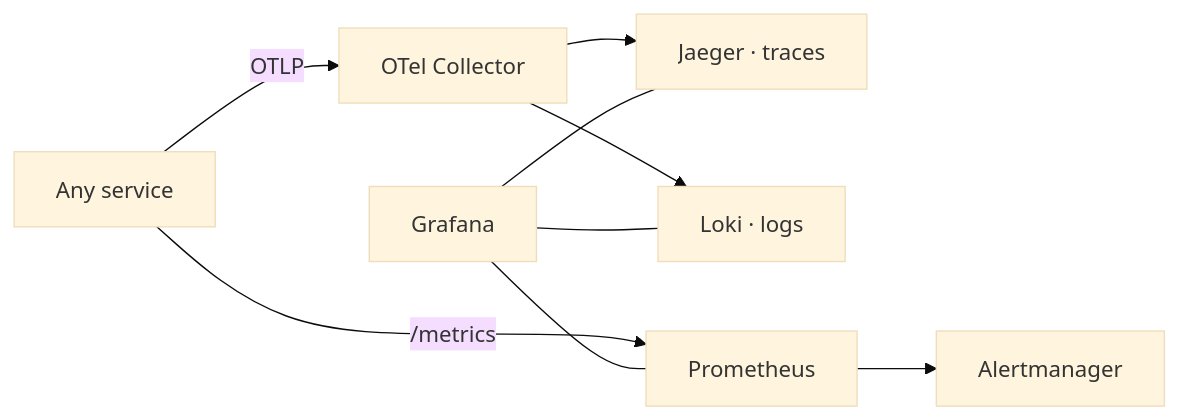
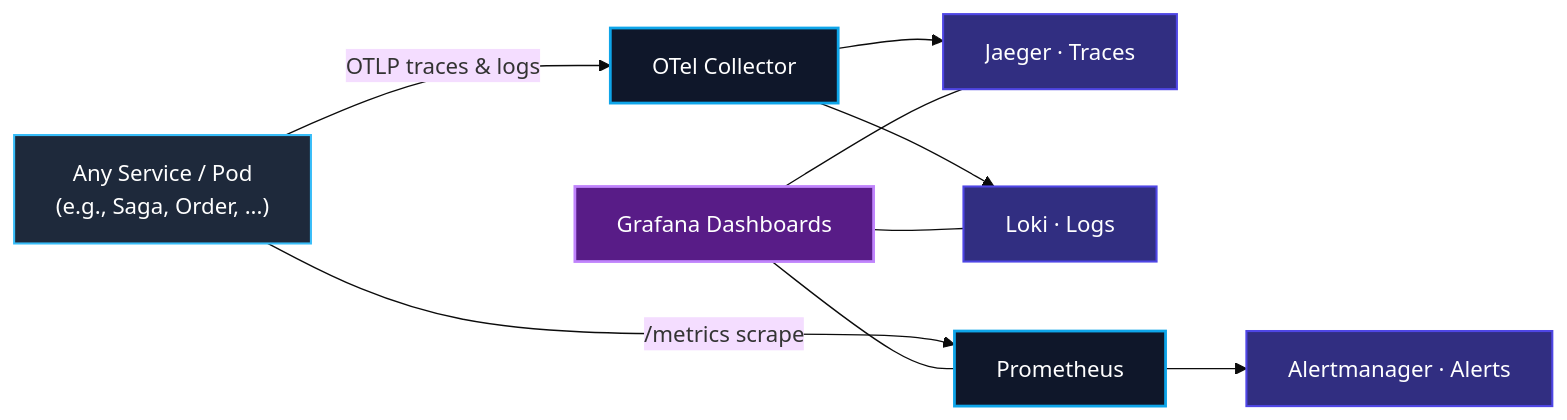
Before and after one commit to daonhan/Microservices-in-.NET: the third of 3 diagrams in docs/wiki/Architecture.md, drawn with Mermaid (base theme). The commit also changed other lines of this file and 4 other files, not shown here.

Commit message:
docs: update architecture and deployment diagrams for improved clarity and detail

````diff
--- a/docs/wiki/Architecture.md
+++ b/docs/wiki/Architecture.md
@@ -97,11 +118,22 @@
 ```mermaid
 graph LR
-    Svc[Any service] -- OTLP --> Collector[OTel Collector]
-    Collector --> Jaeger[Jaeger · traces]
-    Collector --> Loki[Loki · logs]
-    Svc -- /metrics --> Prom[Prometheus]
-    Prom --> AM[Alertmanager]
-    Grafana --- Prom
+    Svc["Any Service / Pod<br/>(e.g., Saga, Order, ...)"] -- OTLP traces & logs --> Collector[OTel Collector]
+    Collector --> Jaeger[Jaeger · Traces]
+    Collector --> Loki[Loki · Logs]
+    Svc -- "/metrics scrape" --> Prom[Prometheus]
+    Prom --> AM[Alertmanager · Alerts]
+    Grafana[Grafana Dashboards] --- Prom
     Grafana --- Loki
     Grafana --- Jaeger
+
+    %% Custom Styling classes
+    classDef svc fill:#1e293b,stroke:#38bdf8,stroke-width:1.5px,color:#fff;
+    classDef collector fill:#0f172a,stroke:#0ea5e9,stroke-width:2px,color:#fff;
+    classDef backend fill:#312e81,stroke:#4f46e5,stroke-width:1.5px,color:#fff;
+    classDef ui fill:#581c87,stroke:#c084fc,stroke-width:2px,color:#fff;
+
+    class Svc svc;
+    class Collector,Prom collector;
+    class Jaeger,Loki,AM backend;
+    class Grafana ui;
 ```
````
